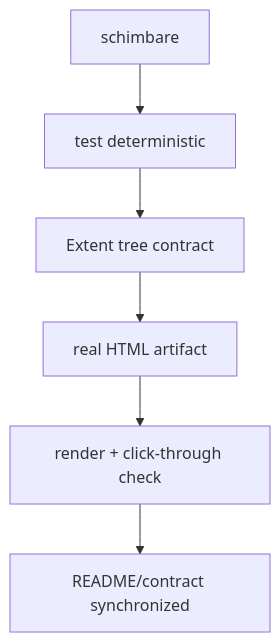
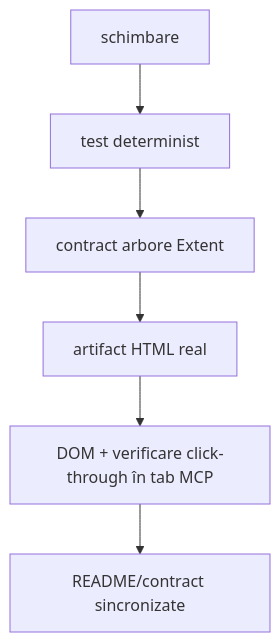
One commit to crististefanita/CS1 changed the second of 3 diagrams in Atf.Tests/Atf.Api.Tests/README.md. Above: the diagram before and after it, drawn with Mermaid. The commit also changed other lines of this file and 109 other files, not shown here.

````diff
--- a/Atf.Tests/Atf.Api.Tests/README.md
+++ b/Atf.Tests/Atf.Api.Tests/README.md
@@ -136,8 +149,8 @@
 ```mermaid
 flowchart TD
-    Change[schimbare] --> Unit[test deterministic]
-    Unit --> Tree[Extent tree contract]
-    Tree --> Html[real HTML artifact]
-    Html --> Browser[render + click-through check]
-    Browser --> Docs[README/contract synchronized]
+    Change[schimbare] --> Unit[test determinist]
+    Unit --> Tree[contract arbore Extent]
+    Tree --> Html[artifact HTML real]
+    Html --> Mcp[DOM + verificare click-through în tab MCP]
+    Mcp --> Docs[README/contract sincronizate]
 ```
````
